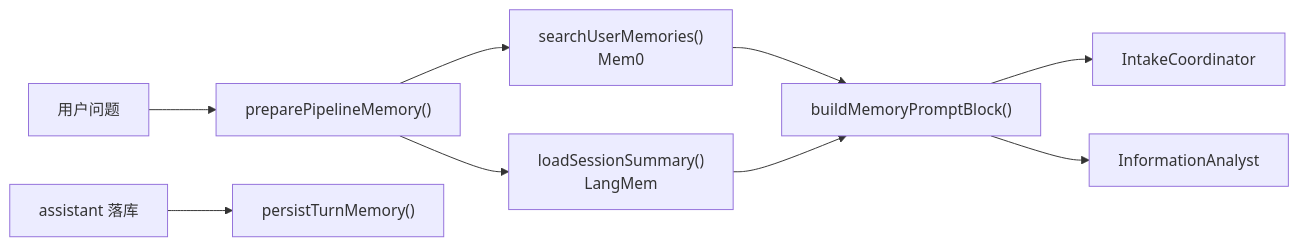
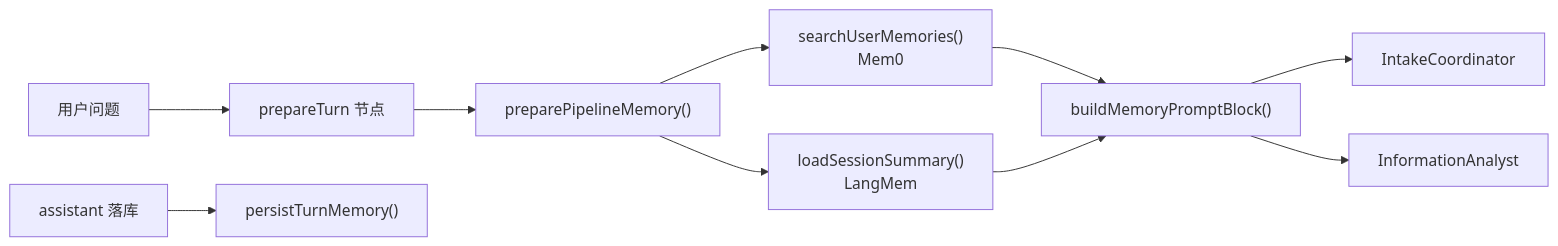
Diagram 11 of 13 in docs/02-agent-flows.md (panzhanfei/fambrain-agents), drawn with Mermaid before and after one commit. The commit also changed other lines of this file and 29 other files, not shown here.

````diff
--- a/docs/02-agent-flows.md
+++ b/docs/02-agent-flows.md
@@ -387,11 +413,12 @@
 ```mermaid
 flowchart LR
-  Q[用户问题] --> PREP["preparePipelineMemory()"]
+  Q[用户问题] --> PT[prepareTurn 节点]
+  PT --> PREP["preparePipelineMemory()"]
   PREP --> M0["searchUserMemories()<br/>Mem0"]
   PREP --> LM["loadSessionSummary()<br/>LangMem"]
   M0 --> BL["buildMemoryPromptBlock()"]
   LM --> BL
   BL --> IC[IntakeCoordinator]
   BL --> IA[InformationAnalyst]
   OUT[assistant 落库] --> PERS["persistTurnMemory()"]
 ```
````
